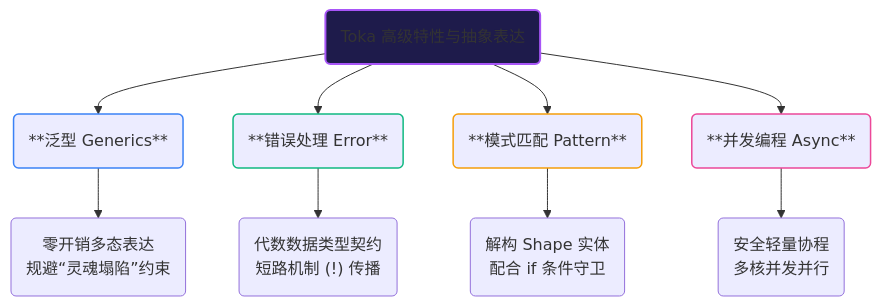
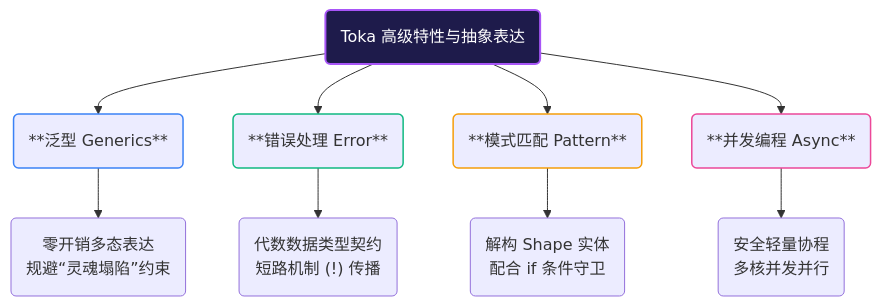
Before and after one commit to lumicore-dev/toka-book: the diagram in src-zh/advanced.md, drawn with Mermaid. The commit also changed 1 other file, not shown here.

Commit message:
fix: enforce white font color for Root node in advanced map to support light theme

````diff
--- a/src-zh/advanced.md
+++ b/src-zh/advanced.md
@@ -13,27 +13,27 @@
 ```mermaid
 flowchart TD
     Root("Toka 高级特性与抽象表达")
 
     Generics("**泛型 Generics**")
     Error("**错误处理 Error**")
     Pattern("**模式匹配 Pattern**")
     Async("**并发编程 Async**")
 
     GenericsDesc("零开销多态表达<br>规避“灵魂塌陷”约束")
     ErrorDesc("代数数据类型契约<br>短路机制 (!) 传播")
     PatternDesc("解构 Shape 实体<br>配合 if 条件守卫")
     AsyncDesc("安全轻量协程<br>多核并发并行")
 
     Root --> Generics & Error & Pattern & Async
     
     Generics --> GenericsDesc
     Error --> ErrorDesc
     Pattern --> PatternDesc
     Async --> AsyncDesc
 
-    style Root fill:#1e1b4b,stroke:#a855f7,stroke-width:2px;
+    style Root fill:#1e1b4b,stroke:#a855f7,stroke-width:2px,color:#fff;
     style Generics stroke:#3b82f6,stroke-width:1.5px;
     style Error stroke:#10b981,stroke-width:1.5px;
     style Pattern stroke:#f59e0b,stroke-width:1.5px;
     style Async stroke:#ec4899,stroke-width:1.5px;
 ```
````
